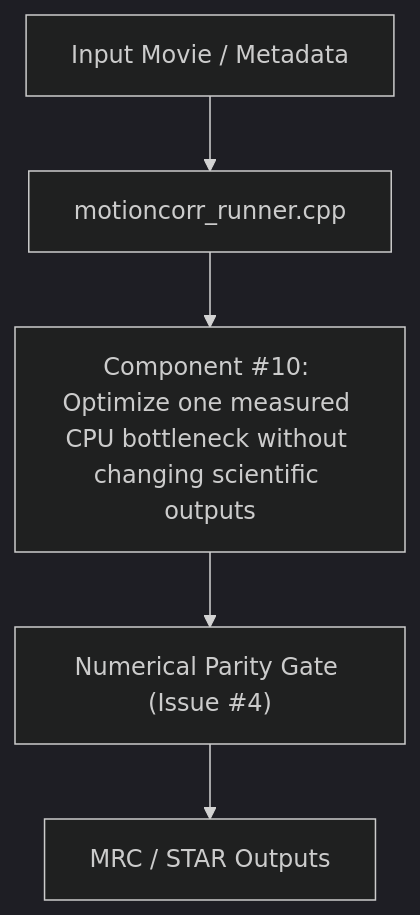
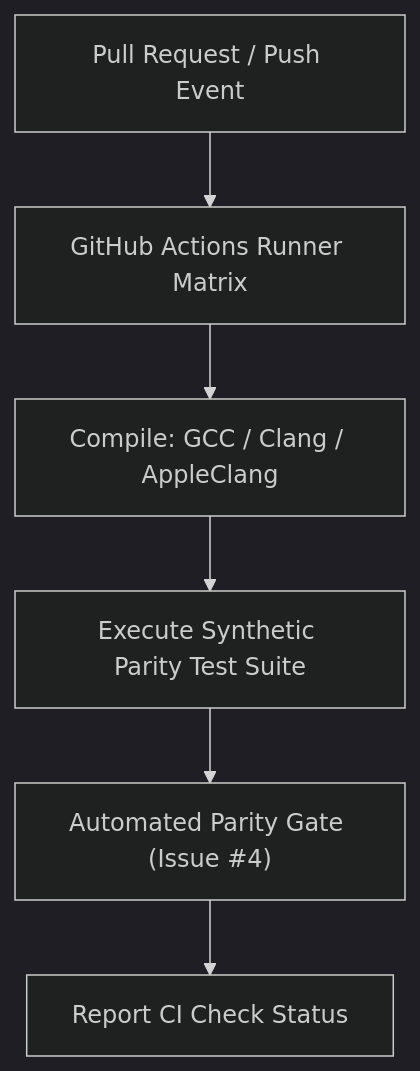
The diagram in agents/designs/drafts/issue_10_round_1.md (KingAlejandro/MotionCorr-standalone), drawn with Mermaid (dark theme) before and after one commit. The commit also changed other lines of this file and 6 other files, not shown here.

First line of the commit message:
feat(cpu): optimize FFT plan reuse and thread determinism in alignment loops

````diff
--- a/agents/designs/drafts/issue_10_round_1.md
+++ b/agents/designs/drafts/issue_10_round_1.md
@@ -55,7 +55,8 @@
 ```mermaid
 flowchart TD
-    InputData["Input Movie / Metadata"] --> Runner["motioncorr_runner.cpp"]
-    Runner --> Module["Component #10: Optimize one measured CPU bottleneck without changing scientific outputs"]
-    Module --> ParityGate["Numerical Parity Gate (Issue #4)"]
-    ParityGate --> Output["MRC / STAR Outputs"]
+    PR["Pull Request / Push Event"] --> CI["GitHub Actions Runner Matrix"]
+    CI --> Build["Compile: GCC / Clang / AppleClang"]
+    Build --> Test["Execute Synthetic Parity Test Suite"]
+    Test --> Gate["Automated Parity Gate (Issue #4)"]
+    Gate --> Status["Report CI Check Status"]
 ```
````
